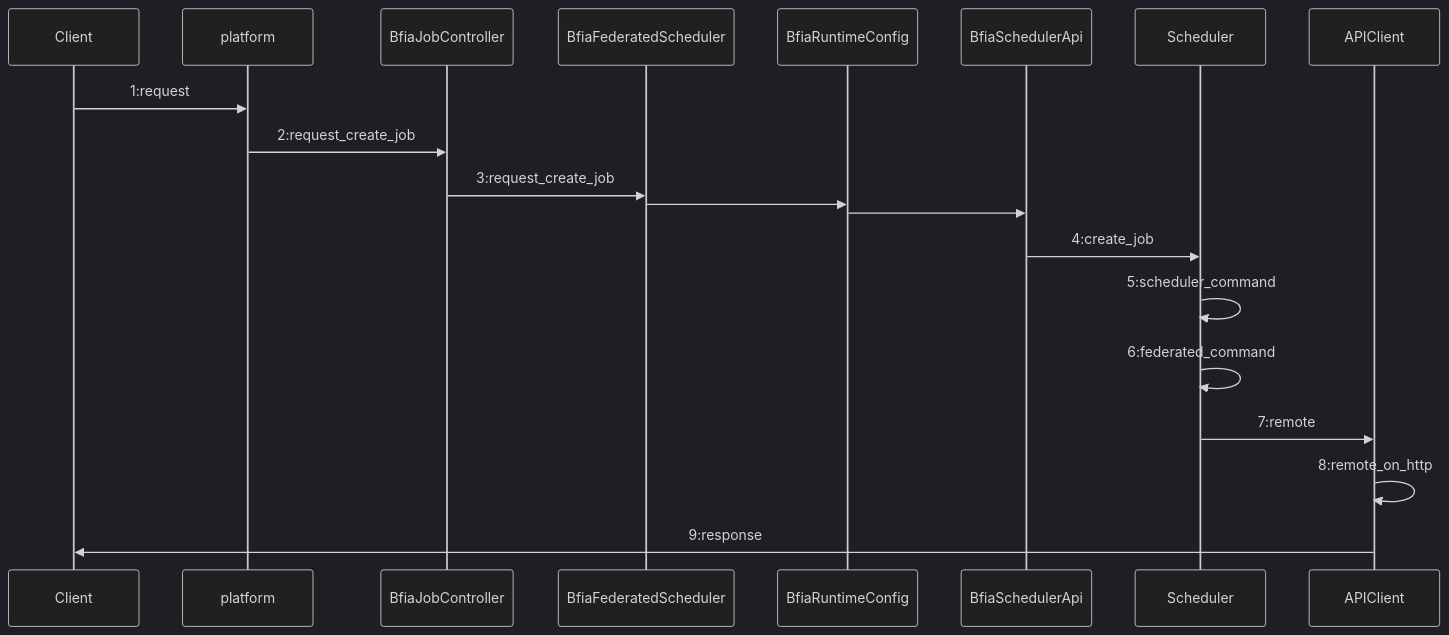
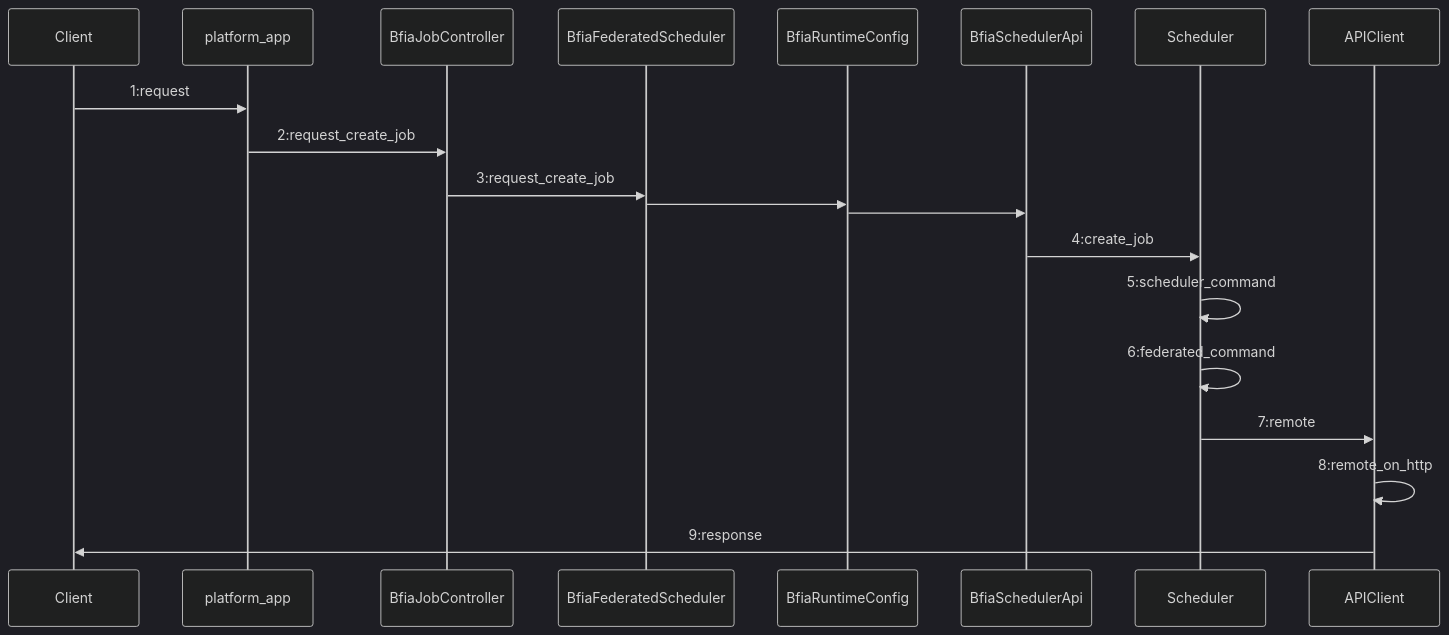
Before and after one commit to Lost-Temple/fateflow-v2-dev: the first of 6 diagrams in doc/important/fateflow-v2-submit job.md, drawn with Mermaid (dark theme). The commit also changed other lines of this file, not shown here.

````diff
--- a/doc/important/fateflow-v2-submit job.md
+++ b/doc/important/fateflow-v2-submit job.md
@@ -215,26 +978,24 @@
 ```mermaid
-
 sequenceDiagram
 
 participant Client
-participant platform
+participant platform as platform_app
 participant BfiaJobController
 participant BfiaFederatedScheduler
 participant BfiaRuntimeConfig
 participant BfiaSchedulerApi
 participant Scheduler
 participant APIClient
 
 Client ->> platform: 1:request
 platform ->> BfiaJobController: 2:request_create_job
 BfiaJobController ->> BfiaFederatedScheduler: 3:request_create_job
 BfiaFederatedScheduler ->> BfiaRuntimeConfig: 
 BfiaRuntimeConfig ->> BfiaSchedulerApi: 
 BfiaSchedulerApi ->> Scheduler: 4:create_job
 Scheduler ->> Scheduler: 5:scheduler_command
 Scheduler ->> Scheduler: 6:federated_command
 Scheduler ->> APIClient: 7:remote
 APIClient ->> APIClient: 8:remote_on_http
 APIClient ->> Client: 9:response
-
 ```
````
